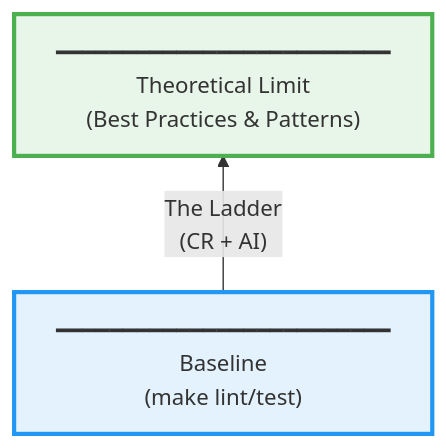
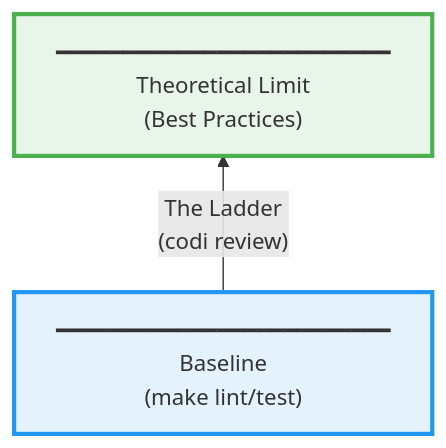
One commit to rakuv3r/codi changed the diagram in README.md. Above: the diagram before and after it, drawn with Mermaid. The commit also changed other lines of this file and 82 other files, not shown here.

````diff
--- a/README.md
+++ b/README.md
@@ -13,10 +28,10 @@
 ```mermaid
 graph BT
     B["━━━━━━━━━━━━━━━━━━━━━━━━━<br/>Baseline<br/>(make lint/test)"]
-    A["━━━━━━━━━━━━━━━━━━━━━━━━━<br/>Theoretical Limit<br/>(Best Practices & Patterns)"] 
+    A["━━━━━━━━━━━━━━━━━━━━━━━━━<br/>Theoretical Limit<br/>(Best Practices)"] 
     
-    B -->|"The Ladder<br/>(CR + AI)"| A
+    B -->|"The Ladder<br/>(codi review)"| A
     
     style A fill:#e8f5e9,stroke:#4caf50,stroke-width:3px
     style B fill:#e3f2fd,stroke:#2196f3,stroke-width:3px
 ```
````
